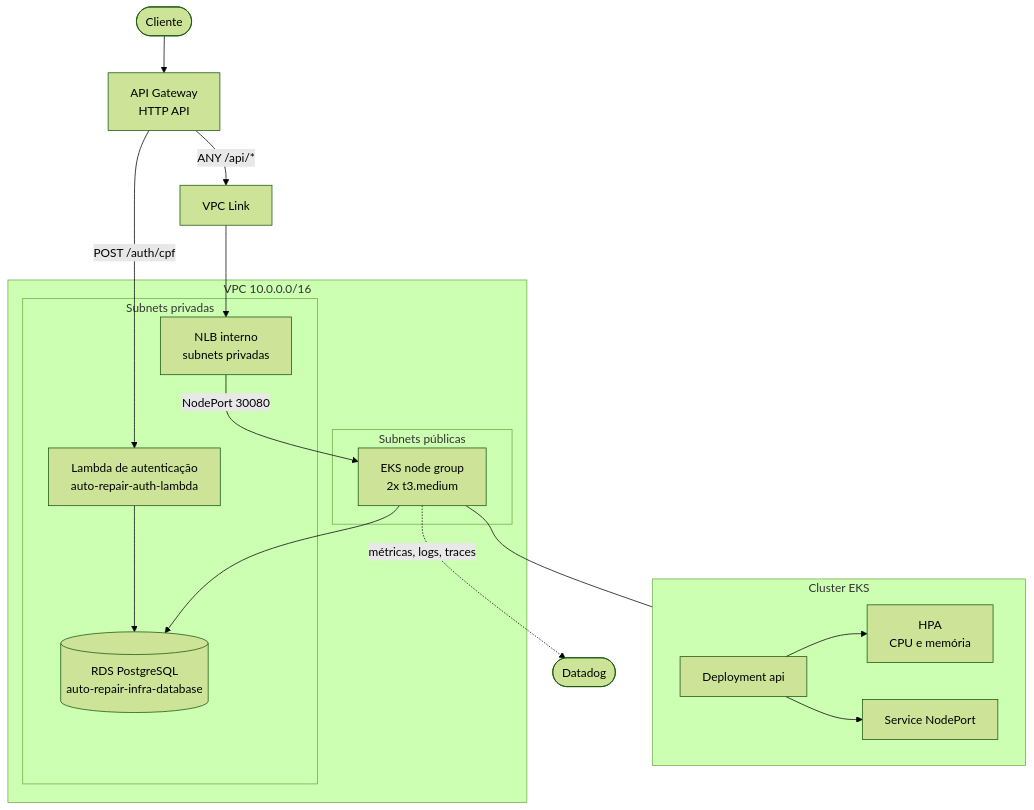
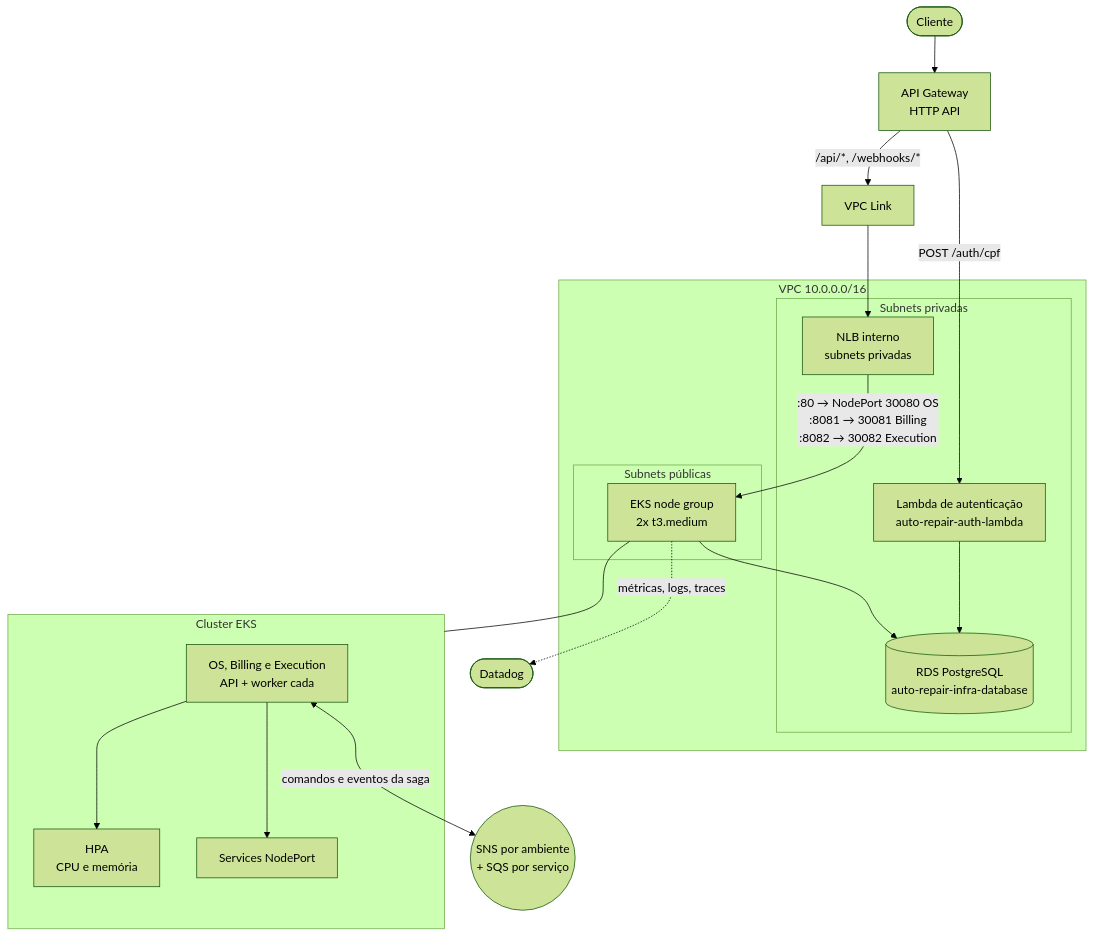
The diagram in README.md (IgorSantosXP/auto-repair-infra-k8s), drawn with Mermaid (forest theme) before and after one commit. The commit also changed other lines of this file and 11 other files, not shown here.

First line of the commit message:
Provision the shared platform for the billing and execution services

````diff
--- a/README.md
+++ b/README.md
@@ -24,32 +28,33 @@
 ```mermaid
 flowchart TB
     Cliente([Cliente]) --> AGW[API Gateway<br/>HTTP API]
 
     AGW -->|POST /auth/cpf| LMB[Lambda de autenticação<br/>auto-repair-auth-lambda]
-    AGW -->|ANY /api/*| VL[VPC Link]
+    AGW -->|/api/*, /webhooks/*| VL[VPC Link]
 
     VL --> NLB[NLB interno<br/>subnets privadas]
-    NLB -->|NodePort 30080| NG
+    NLB -->|:80 → NodePort 30080 OS<br/>:8081 → 30081 Billing<br/>:8082 → 30082 Execution| NG
 
     subgraph VPC["VPC 10.0.0.0/16"]
         subgraph Pub["Subnets públicas"]
             NG[EKS node group<br/>2x t3.medium]
         end
         subgraph Priv["Subnets privadas"]
             NLB
             RDS[(RDS PostgreSQL<br/>auto-repair-infra-database)]
             LMB
         end
     end
 
     NG --> RDS
     LMB --> RDS
     NG -.métricas, logs, traces.-> DD([Datadog])
 
     subgraph EKS["Cluster EKS"]
-        DEP[Deployment api] --> HPA[HPA<br/>CPU e memória]
-        DEP --> SVC[Service NodePort]
+        DEP[OS, Billing e Execution<br/>API + worker cada] --> HPA[HPA<br/>CPU e memória]
+        DEP --> SVC[Services NodePort]
     end
 
     NG --- EKS
+    DEP <-->|comandos e eventos da saga| SNS((SNS por ambiente<br/>+ SQS por serviço))
 ```
````
